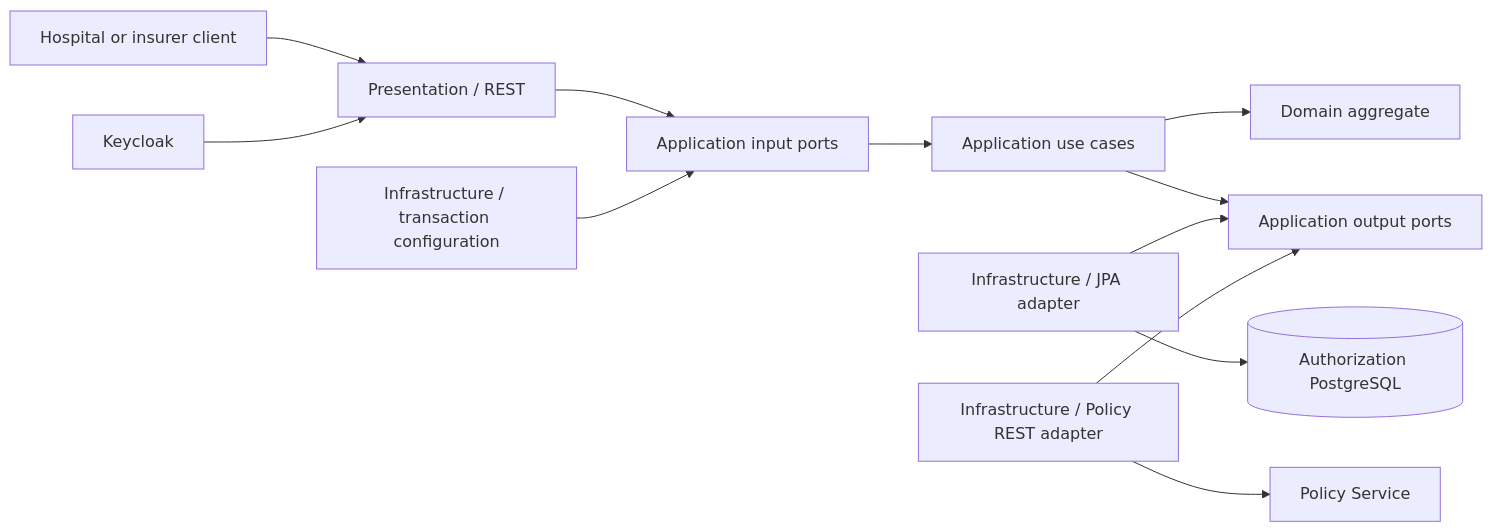
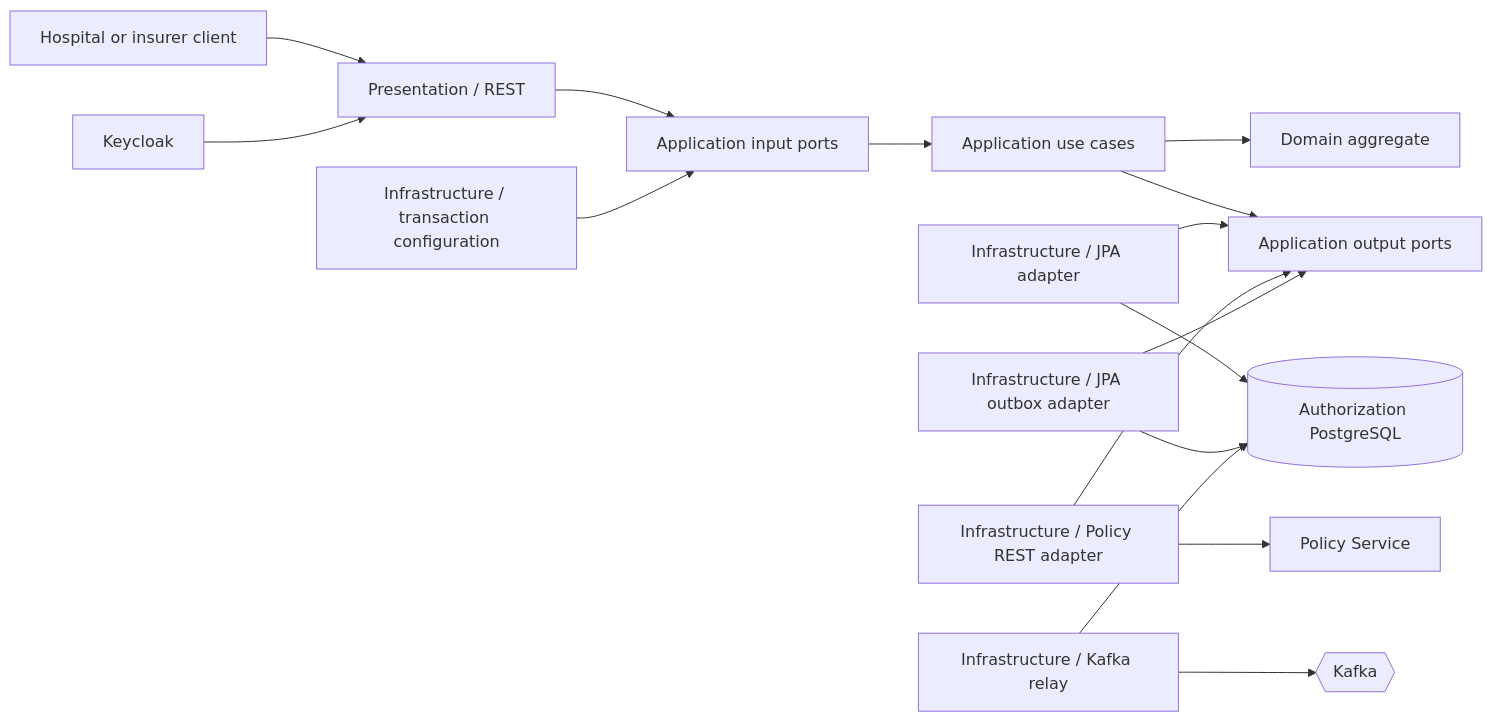
The first of 3 diagrams in docs/architecture/authorization-service.md (aydindemir1/health-insurance-platform), drawn with Mermaid before and after one commit. The commit also changed other lines of this file and 12 other files, not shown here.

````diff
--- a/docs/architecture/authorization-service.md
+++ b/docs/architecture/authorization-service.md
@@ -5,14 +5,18 @@
 ```mermaid
 flowchart LR
     Client[Hospital or insurer client] --> Presentation[Presentation / REST]
     Presentation --> InputPorts[Application input ports]
     InputPorts --> UseCases[Application use cases]
     UseCases --> Domain[Domain aggregate]
     UseCases --> OutputPorts[Application output ports]
     Persistence[Infrastructure / JPA adapter] --> OutputPorts
     PolicyAdapter[Infrastructure / Policy REST adapter] --> OutputPorts
+    Outbox[Infrastructure / JPA outbox adapter] --> OutputPorts
+    Relay[Infrastructure / Kafka relay] --> Kafka{{Kafka}}
     Persistence --> Database[(Authorization PostgreSQL)]
     PolicyAdapter --> Policy[Policy Service]
+    Outbox --> Database
+    Relay --> Database
     Configuration[Infrastructure / transaction configuration] --> InputPorts
     Keycloak[Keycloak] --> Presentation
 ```
````
